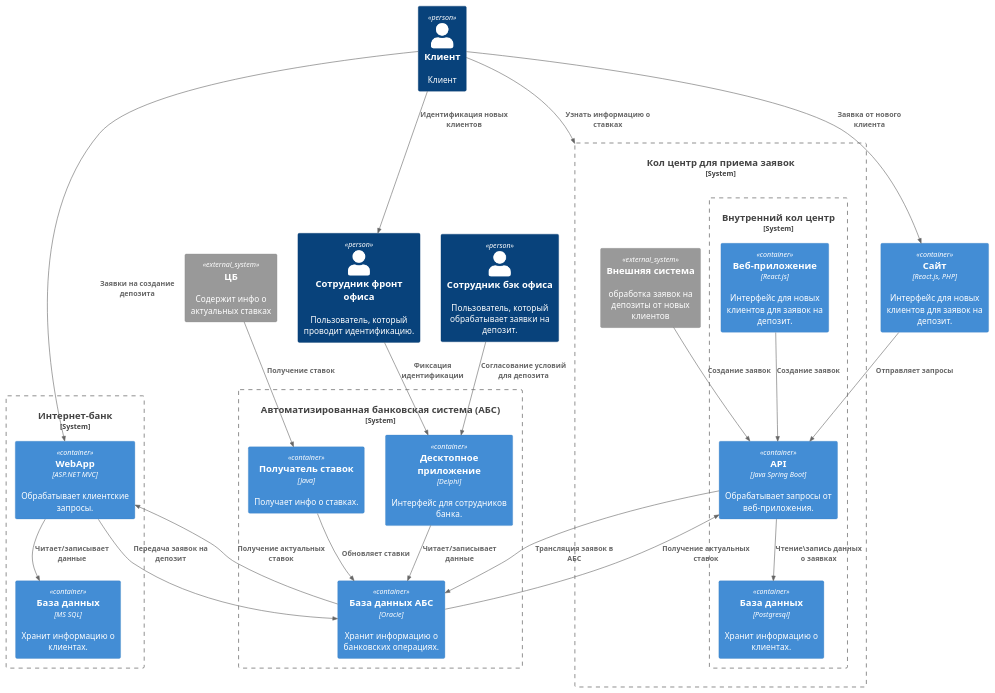
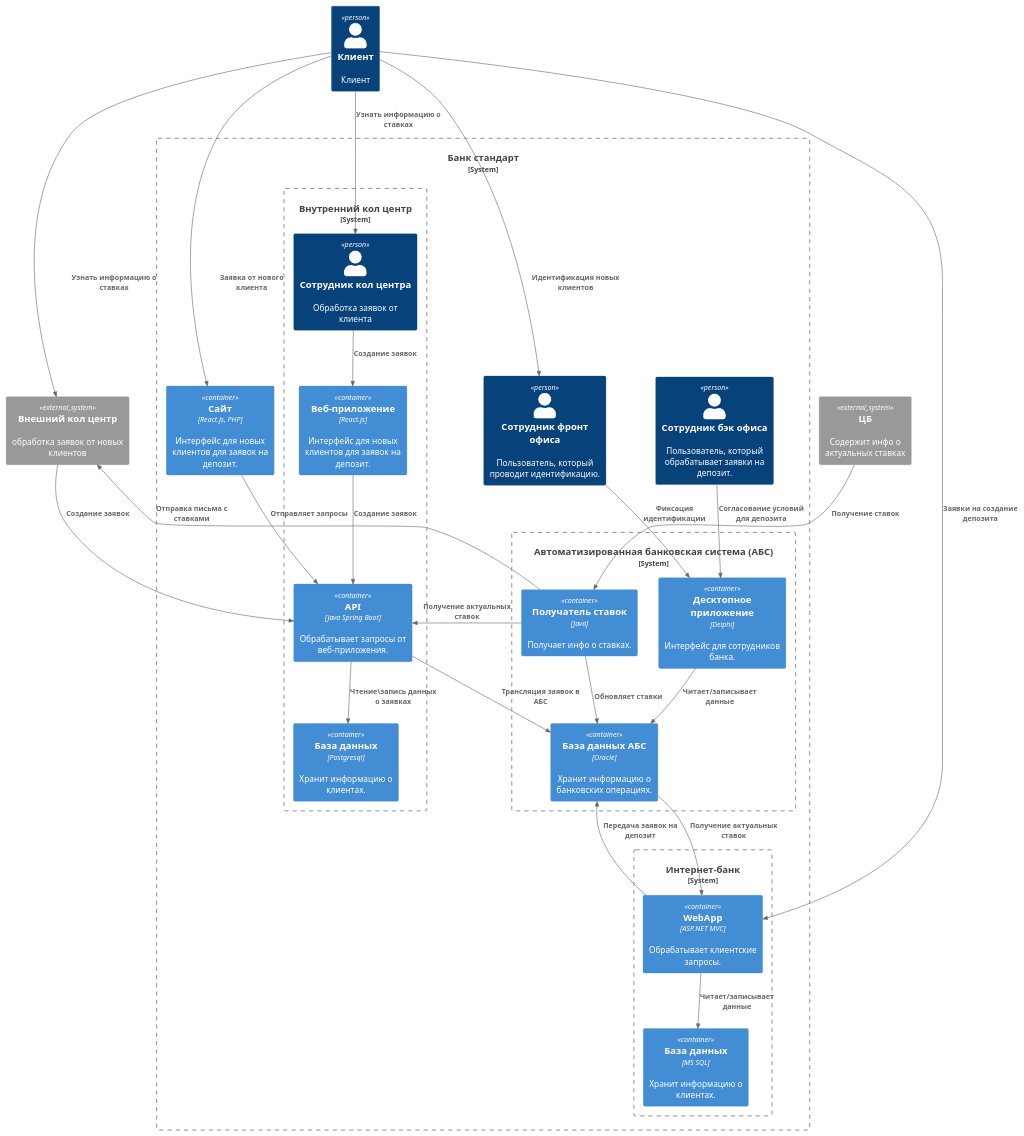
One commit to donserious/axe-architecture-standart changed the diagram in task 4/c4-container.puml. Above: the diagram before and after it, drawn with PlantUML. The commit also changed 5 other files, not shown here.

```diff
--- a/task 4/c4-container.puml
+++ b/task 4/c4-container.puml
@@ -1,54 +1,56 @@
 @startuml
 !includeurl https://raw.githubusercontent.com/RicardoNiepel/C4-PlantUML/master/C4_Container.puml
 
 Person(client, "Клиент", "Клиент")
-Person(depositManager, "Сотрудник бэк офиса", "Пользователь, который обрабатывает заявки на депозит.")
-Person(frontManager, "Сотрудник фронт офиса", "Пользователь, который проводит идентификацию.")
-Container(site, "Сайт", "React.js, PHP", "Интерфейс для новых клиентов для заявок на депозит.")
-
-System_Boundary(internetBankSystem, "Интернет-банк") {
-    Container(webapp, "WebApp", "ASP.NET MVC", "Обрабатывает клиентские запросы.")
-    Container(database, "База данных", "MS SQL", "Хранит информацию о клиентах.")
-
-
-    Rel(webapp, database, "Читает/записывает данные")
-    Rel(client, webapp, "Заявки на создание депозита")
-}
-
+System_Ext(partnerSystemCall, "Внешний кол центр","обработка заявок от новых клиентов")
 System_Ext(cb, "ЦБ", "Содержит инфо о актуальных ставках")
 
-System_Boundary(callCenter,  "Кол центр для приема заявок") {
-    System_Ext(partnerSystemCall, "Внешняя система","обработка заявок на депозиты от новых клиентов")
+System_Boundary(bankStandart, "Банк стандарт") {
+    Person(depositManager, "Сотрудник бэк офиса", "Пользователь, который обрабатывает заявки на депозит.")
+    Person(frontManager, "Сотрудник фронт офиса", "Пользователь, который проводит идентификацию.")
+    Container(site, "Сайт", "React.js, PHP", "Интерфейс для новых клиентов для заявок на депозит.")
+
     System_Boundary(ourCallcenter, "Внутренний кол центр") {
+        Person(managerCallCenter, "Сотрудник кол центра", "Обработка заявок от клиента")
         Container(CallWebApp, "Веб-приложение", "React.js", "Интерфейс для новых клиентов для заявок на депозит.")
         Container(CallApi, "API", "Java Spring Boot", "Обрабатывает запросы от веб-приложения.")
         Container(CallDB, "База данных", "Postgresql", "Хранит информацию о клиентах.")
         Rel(CallApi,CallDB,"Чтение\запись данных о заявках" )
         Rel(CallWebApp,CallApi,"Создание заявок" )
         Rel(partnerSystemCall,CallApi,"Создание заявок" )
         Rel(site, CallApi, "Отправляет запросы")
+        Rel(managerCallCenter, CallWebApp, "Создание заявок")
     }
+
+
+    System_Boundary(ABSSystem, "Автоматизированная банковская система (АБС)") {
+        Container(ABSApp, "Десктопное приложение", "Delphi", "Интерфейс для сотрудников банка.")
+        Container(ABSDatabase, "База данных АБС", "Oracle", "Хранит информацию о банковских операциях.")
+        Container(betInfo, "Получатель ставок", "Java", "Получает инфо о ставках.")
+        Rel(betInfo, ABSDatabase, "Обновляет ставки")
+        Rel(betInfo, partnerSystemCall, "Отправка письма с ставками")
+        Rel(ABSApp, ABSDatabase, "Читает/записывает данные")
+        Rel(depositManager, ABSApp, "Согласование условий для депозита")
+        Rel(frontManager, ABSApp, "Фиксация идентификации")
+        Rel(cb, betInfo, "Получение ставок")
+    }
+
+    System_Boundary(internetBankSystem, "Интернет-банк") {
+        Container(webapp, "WebApp", "ASP.NET MVC", "Обрабатывает клиентские запросы.")
+        Container(database, "База данных", "MS SQL", "Хранит информацию о клиентах.")
+        Rel(webapp, database, "Читает/записывает данные")
+        Rel(client, webapp, "Заявки на создание депозита")
+    }
+
+
+    Rel(client, site, "Заявка от нового клиента")
+    Rel(webapp, ABSDatabase, "Передача заявок на депозит")
+    Rel(ABSDatabase, webapp, "Получение актуальных ставок")
+    Rel(CallApi, ABSDatabase, "Трансляция заявок в АБС")
+    Rel(betInfo, CallApi, "Получение актуальных ставок")
+    Rel(client, frontManager, "Идентификация новых клиентов")
+    Rel(client, managerCallCenter, "Узнать информацию о ставках")
+    Rel(client, partnerSystemCall, "Узнать информацию о ставках")
 }
 
-System_Boundary(ABSSystem, "Автоматизированная банковская система (АБС)") {
-    Container(ABSApp, "Десктопное приложение", "Delphi", "Интерфейс для сотрудников банка.")
-    Container(ABSDatabase, "База данных АБС", "Oracle", "Хранит информацию о банковских операциях.")
-    Container(betInfo, "Получатель ставок", "Java", "Получает инфо о ставках.")
-    Rel(betInfo, ABSDatabase, "Обновляет ставки")
-    Rel(ABSApp, ABSDatabase, "Читает/записывает данные")
-    Rel(depositManager, ABSApp, "Согласование условий для депозита")
-    Rel(frontManager, ABSApp, "Фиксация идентификации")
-    Rel(cb, betInfo, "Получение ставок")
-}
-
-
-Rel(client, site, "Заявка от нового клиента")
-Rel(webapp, ABSDatabase, "Передача заявок на депозит")
-Rel(ABSDatabase, webapp, "Получение актуальных ставок")
-Rel(CallApi, ABSDatabase, "Трансляция заявок в АБС")
-Rel(ABSDatabase, CallApi, "Получение актуальных ставок")
-Rel(client, frontManager, "Идентификация новых клиентов")
-Rel(client, callCenter, "Узнать информацию о ставках")
-
-
 @enduml
```
